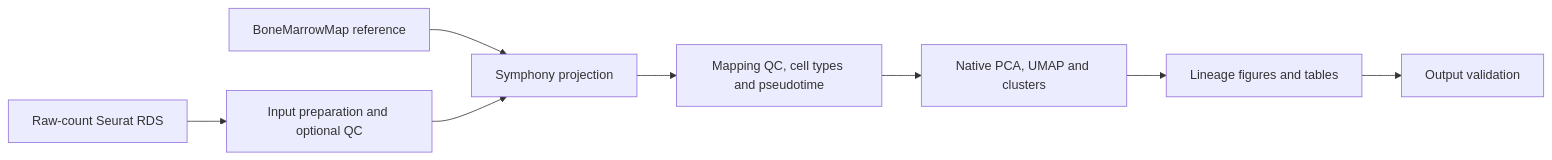
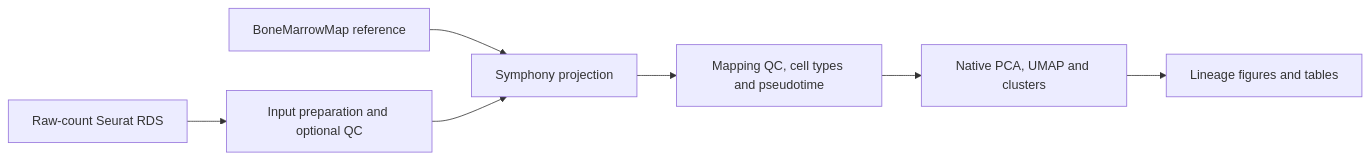
Before and after one commit to dr-farhan/Reference-guided-scRNA-seq-Leukemia-Projection: the diagram in README.md, drawn with Mermaid. The commit also changed other lines of this file and 26 other files, not shown here.

````diff
--- a/README.md
+++ b/README.md
@@ -7,10 +7,9 @@
 ```mermaid
 flowchart LR
     A[Raw-count Seurat RDS] --> B[Input preparation and optional QC]
     R[BoneMarrowMap reference] --> C[Symphony projection]
     B --> C
     C --> D[Mapping QC, cell types and pseudotime]
     D --> E[Native PCA, UMAP and clusters]
     E --> F[Lineage figures and tables]
-    F --> G[Output validation]
 ```
````
